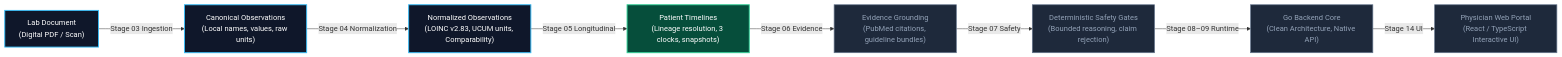
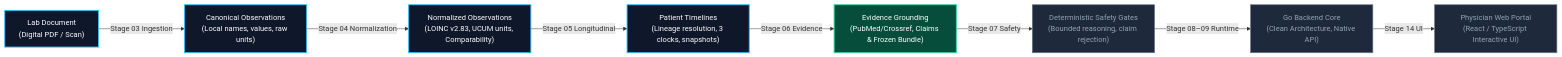
Before and after one commit to DuyVuux/BiolyzerAgent: the second of 8 diagrams in README.md, drawn with Mermaid. The commit also changed other lines of this file and 29 other files, not shown here.

First line of the commit message:
feat(stage-06): integrate scientific evidence engine v0.2 with snapshot closure, raw artifact digest separation, and claim registry

````diff
--- a/README.md
+++ b/README.md
@@ -92,14 +93,14 @@
 ```mermaid
 flowchart LR
     classDef step fill:#0f172a,stroke:#38bdf8,stroke-width:2px,color:#ffffff;
     classDef currentStep fill:#064e3b,stroke:#34d399,stroke-width:2px,color:#ffffff;
     classDef futureStep fill:#1e293b,stroke:#64748b,stroke-width:1.5px,color:#94a3b8;
 
     PDF["Lab Document<br/>(Digital PDF / Scan)"]:::step -->|Stage 03 Ingestion| EXT["Canonical Observations<br/>(Local names, values, raw units)"]:::step
     EXT -->|Stage 04 Normalization| NORM["Normalized Observations<br/>(LOINC v2.83, UCUM units, Comparability)"]:::step
-    NORM -->|Stage 05 Longitudinal| TIME["Patient Timelines<br/>(Lineage resolution, 3 clocks, snapshots)"]:::currentStep
-    TIME -->|Stage 06 Evidence| EVID["Evidence Grounding<br/>(PubMed citations, guideline bundles)"]:::futureStep
+    NORM -->|Stage 05 Longitudinal| TIME["Patient Timelines<br/>(Lineage resolution, 3 clocks, snapshots)"]:::step
+    TIME -->|Stage 06 Evidence| EVID["Evidence Grounding<br/>(PubMed/Crossref, Claims & Frozen Bundle)"]:::currentStep
     EVID -->|Stage 07 Safety| SAFE["Deterministic Safety Gates<br/>(Bounded reasoning, claim rejection)"]:::futureStep
     SAFE -->|Stage 08–09 Runtime| API["Go Backend Core<br/>(Clean Architecture, Native API)"]:::futureStep
     API -->|Stage 14 UI| WEB["Physician Web Portal<br/>(React / TypeScript Interactive UI)"]:::futureStep
 ```
````
